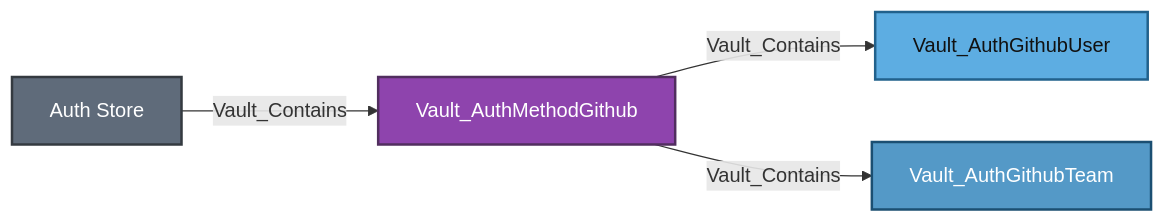
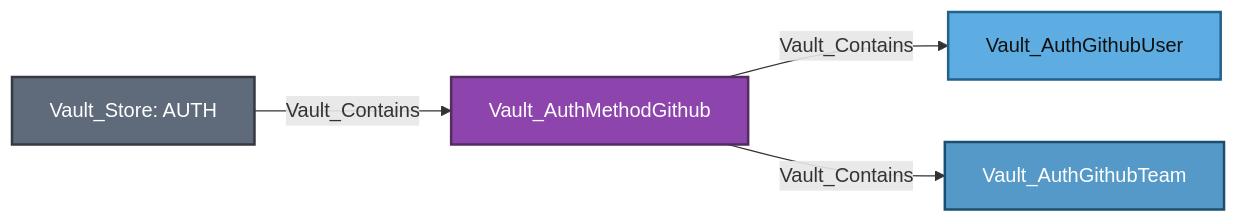
One commit to bytewreck/opengraph-vault changed diagram 12 of 28 in Documentation/stores/AUTH.md. Above: the diagram before and after it, drawn with Mermaid. The commit also changed other lines of this file, not shown here.

````diff
--- a/Documentation/stores/AUTH.md
+++ b/Documentation/stores/AUTH.md
@@ -650,11 +650,11 @@
 ```mermaid
 flowchart LR
-    store[Auth Store]:::storeNode -->|Vault_Contains| method[Vault_AuthMethodGithub]:::authMethodNode
+    store[Vault_Store: AUTH]:::storeNode -->|Vault_Contains| method[Vault_AuthMethodGithub]:::authMethodNode
     method -->|Vault_Contains| user[Vault_AuthGithubUser]:::authUserNode
     method -->|Vault_Contains| team[Vault_AuthGithubTeam]:::authGroupNode
 
     classDef storeNode fill:#5F6B7A,color:#fff,stroke:#343A40,stroke-width:2px
     classDef authMethodNode fill:#8E44AD,color:#fff,stroke:#512E5F,stroke-width:2px
     classDef authUserNode fill:#5DADE2,color:#111,stroke:#21618C,stroke-width:2px
     classDef authGroupNode fill:#5499C7,color:#fff,stroke:#1B4F72,stroke-width:2px
 ```
````
